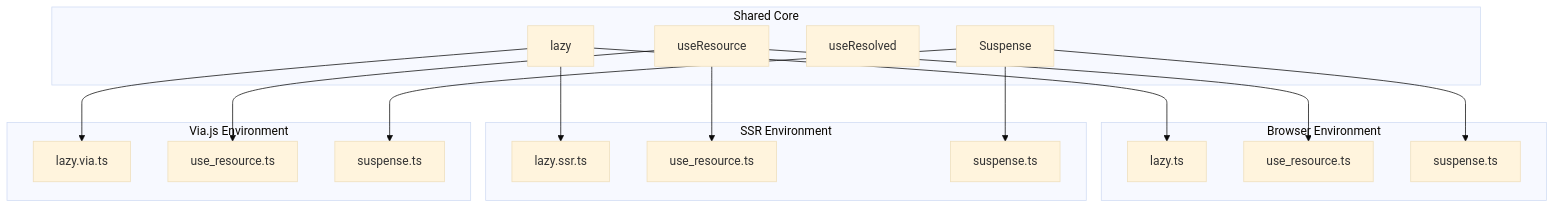
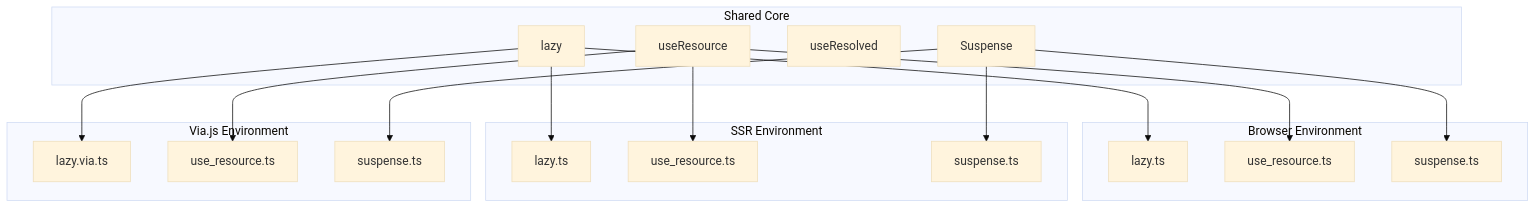
Before and after one commit to wobyjs/woby: the fifth of 5 diagrams in .qoder/repowiki/en/content/API Reference/Core Methods/Lazy Loading/Lazy Loading.md, drawn with Mermaid (base theme). The commit also changed other lines of this file and 36 other files, not shown here.

````diff
--- a/.qoder/repowiki/en/content/API Reference/Core Methods/Lazy Loading/Lazy Loading.md
+++ b/.qoder/repowiki/en/content/API Reference/Core Methods/Lazy Loading/Lazy Loading.md
@@ -165,33 +165,33 @@
 ```mermaid
 graph TD
 subgraph "Shared Core"
 A[lazy]
 B[useResource]
 C[useResolved]
 D[Suspense]
 end
 subgraph "Browser Environment"
 E[lazy.ts]
 F[use_resource.ts]
 G[suspense.ts]
 end
 subgraph "SSR Environment"
-H[lazy.ssr.ts]
+H[lazy.ts]
 I[use_resource.ts]
 J[suspense.ts]
 end
 subgraph "Via.js Environment"
 K[lazy.via.ts]
 L[use_resource.ts]
 M[suspense.ts]
 end
 A --> E
 A --> H
 A --> K
 B --> F
 B --> I
 B --> L
 D --> G
 D --> J
 D --> M
 ```
````
